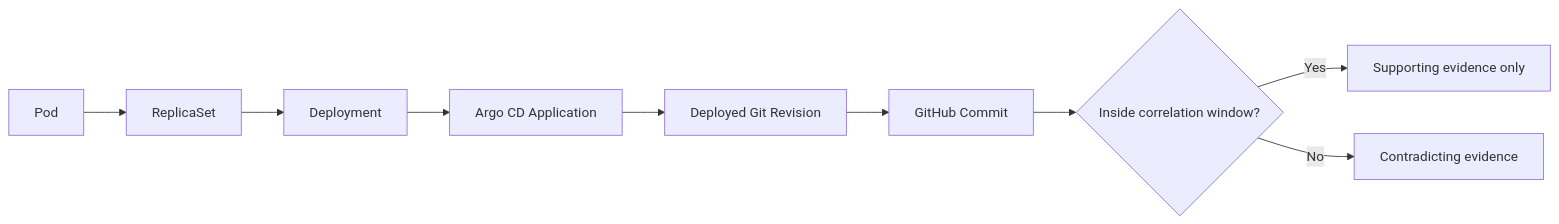
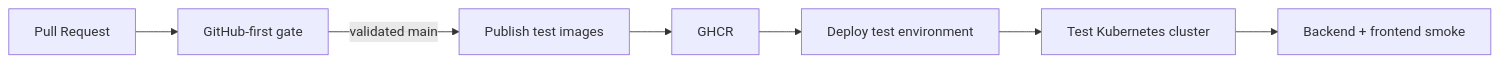
One commit to marcocristofolini/ai-sre-rca changed the third of 3 diagrams in README.md. Above: the diagram before and after it, drawn with Mermaid. The commit also changed other lines of this file, not shown here.

````diff
--- a/README.md
+++ b/README.md
@@ -473,11 +359,9 @@
-```mermaid
+~~~mermaid
 flowchart LR
-    P[Pod] --> RS[ReplicaSet]
-    RS --> D[Deployment]
-    D --> A[Argo CD Application]
-    A --> REV[Deployed Git Revision]
-    REV --> C[GitHub Commit]
-    C --> W{Inside correlation window?}
-    W -->|Yes| S[Supporting evidence only]
-    W -->|No| X[Contradicting evidence]
-```
+    PR[Pull Request] --> G[GitHub-first gate]
+    G -->|validated main| P[Publish test images]
+    P --> GHCR[GHCR]
+    GHCR --> D[Deploy test environment]
+    D --> K[Test Kubernetes cluster]
+    K --> SMOKE[Backend + frontend smoke]
+~~~
````
